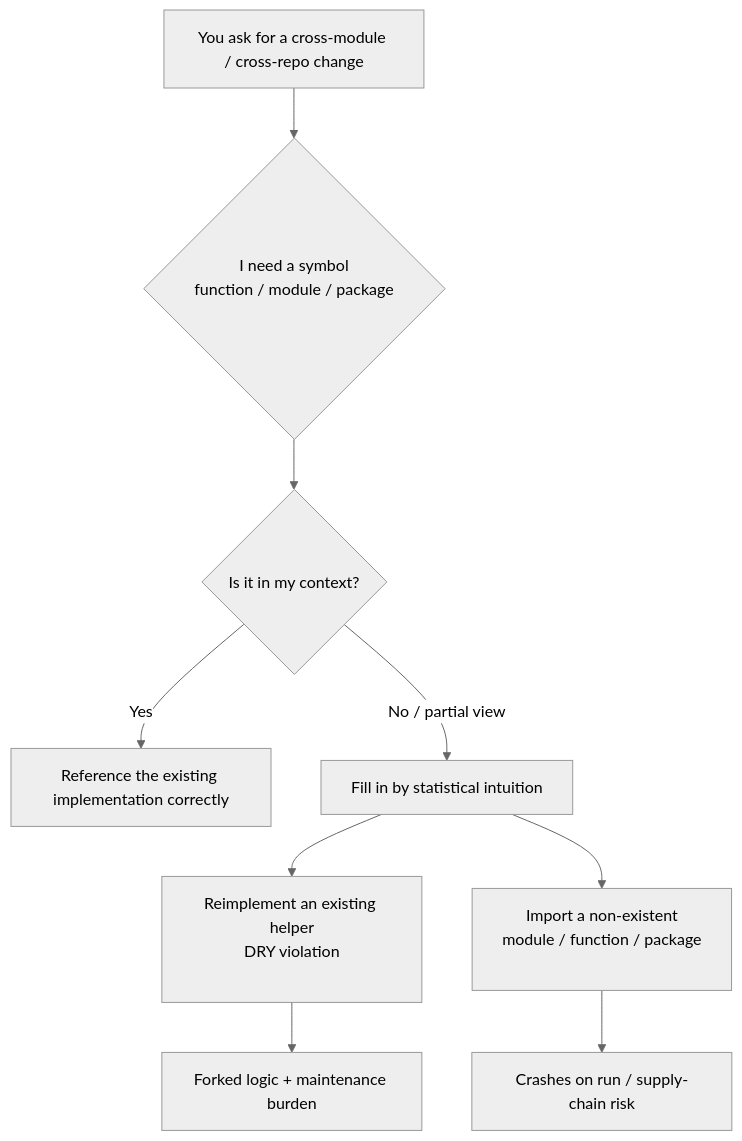
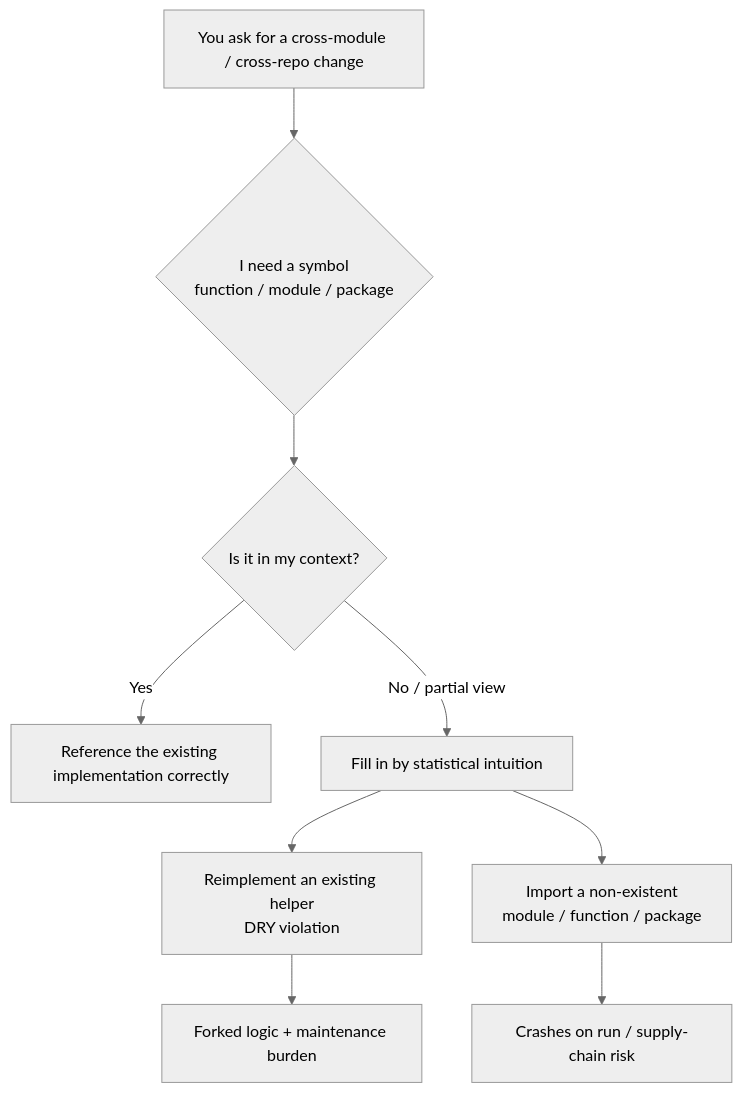
The diagram in i18n/en/docusaurus-plugin-content-docs/current/03-architecture/duplicate-logic-hallucinated-imports.mdx (XuebinMa/AIWiki), drawn with Mermaid (neutral theme) before and after one commit. The commit also changed 99 other files, not shown here.

First line of the commit message:
fix(mermaid): 全局根治节点文字裁切（htmlLabels:false + 清理 br/nbsp 占位）(#26)

````diff
--- a/i18n/en/docusaurus-plugin-content-docs/current/03-architecture/duplicate-logic-hallucinated-imports.mdx
+++ b/i18n/en/docusaurus-plugin-content-docs/current/03-architecture/duplicate-logic-hallucinated-imports.mdx
@@ -41,11 +41,11 @@
 ```mermaid
 flowchart TD
-    A[You ask for a cross-module / cross-repo change] --> B{I need a symbol<br/>function / module / package<br/>&nbsp;}
+    A[You ask for a cross-module / cross-repo change] --> B{I need a symbol<br/>function / module / package}
     B --> C{Is it in my context?}
     C -->|Yes| D[Reference the existing implementation correctly]
     C -->|No / partial view| E[Fill in by statistical intuition]
-    E --> F[Reimplement an existing helper<br/>DRY violation<br/>&nbsp;]
-    E --> G[Import a non-existent<br/>module / function / package<br/>&nbsp;]
+    E --> F[Reimplement an existing helper<br/>DRY violation]
+    E --> G[Import a non-existent<br/>module / function / package]
     F --> H[Forked logic + maintenance burden]
     G --> I[Crashes on run / supply-chain risk]
 ```
````
